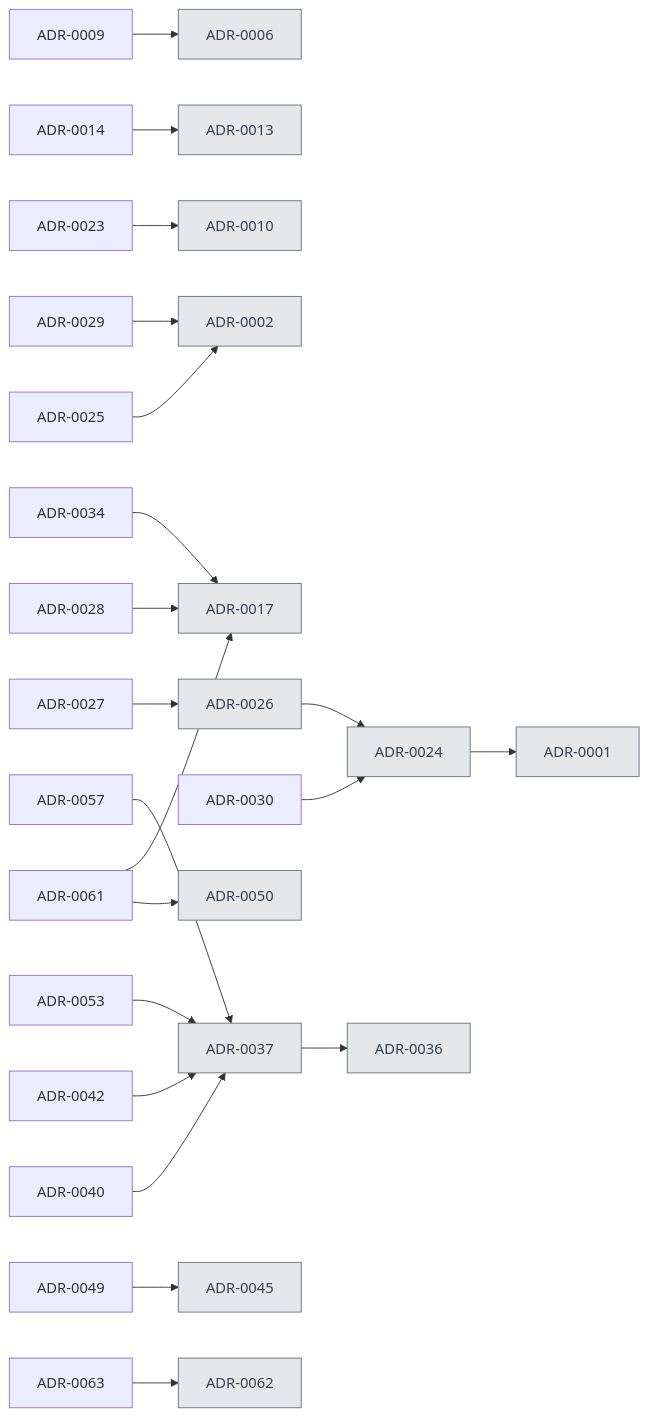
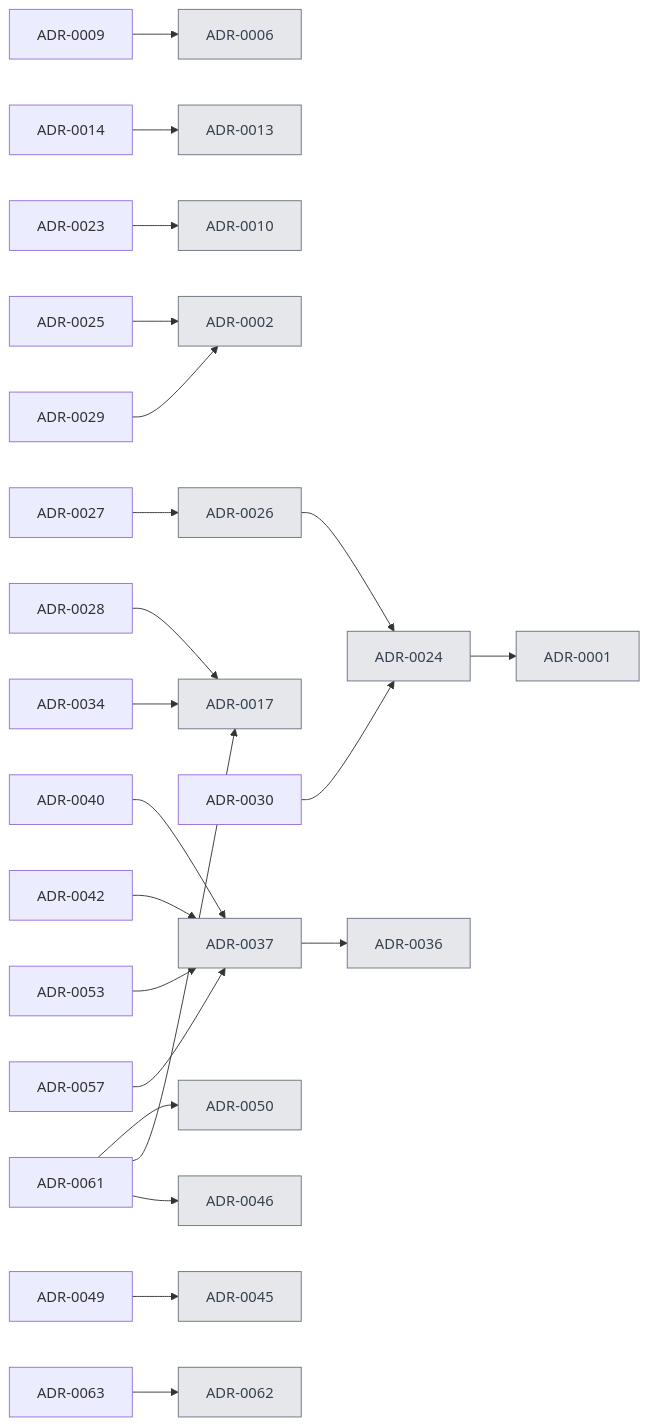
One commit to VM-s-Solutions/cleansia changed the diagram in docs/decisions/index.md. Above: the diagram before and after it, drawn with Mermaid. The commit also changed other lines of this file and 44 other files, not shown here.

````diff
--- a/docs/decisions/index.md
+++ b/docs/decisions/index.md
@@ -18,25 +18,26 @@
 ```mermaid
 flowchart LR
   A0009[ADR-0009] --> A0006[ADR-0006]
   A0014[ADR-0014] --> A0013[ADR-0013]
   A0023[ADR-0023] --> A0010[ADR-0010]
   A0024[ADR-0024] --> A0001[ADR-0001]
   A0025[ADR-0025] --> A0002[ADR-0002]
   A0026[ADR-0026] --> A0024[ADR-0024]
   A0027[ADR-0027] --> A0026[ADR-0026]
   A0028[ADR-0028] --> A0017[ADR-0017]
   A0029[ADR-0029] --> A0002[ADR-0002]
   A0030[ADR-0030] --> A0024[ADR-0024]
   A0034[ADR-0034] --> A0017[ADR-0017]
   A0037[ADR-0037] --> A0036[ADR-0036]
   A0040[ADR-0040] --> A0037[ADR-0037]
   A0042[ADR-0042] --> A0037[ADR-0037]
   A0049[ADR-0049] --> A0045[ADR-0045]
   A0053[ADR-0053] --> A0037[ADR-0037]
   A0057[ADR-0057] --> A0037[ADR-0037]
   A0061[ADR-0061] --> A0050[ADR-0050]
   A0061[ADR-0061] --> A0017[ADR-0017]
+  A0061[ADR-0061] --> A0046[ADR-0046]
   A0063[ADR-0063] --> A0062[ADR-0062]
   classDef old fill:#e5e7eb,stroke:#6b7280,color:#374151
-  class A0001,A0002,A0006,A0010,A0013,A0017,A0024,A0026,A0036,A0037,A0045,A0050,A0062 old
+  class A0001,A0002,A0006,A0010,A0013,A0017,A0024,A0026,A0036,A0037,A0045,A0046,A0050,A0062 old
 ```
````
